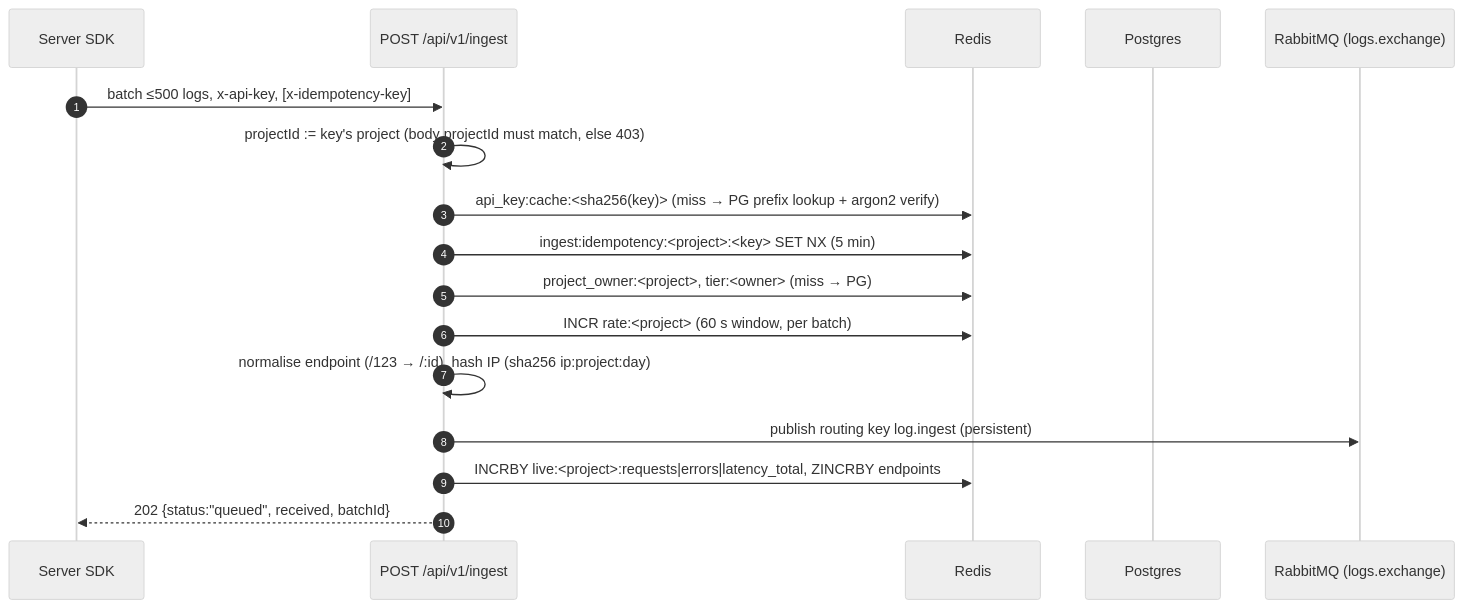
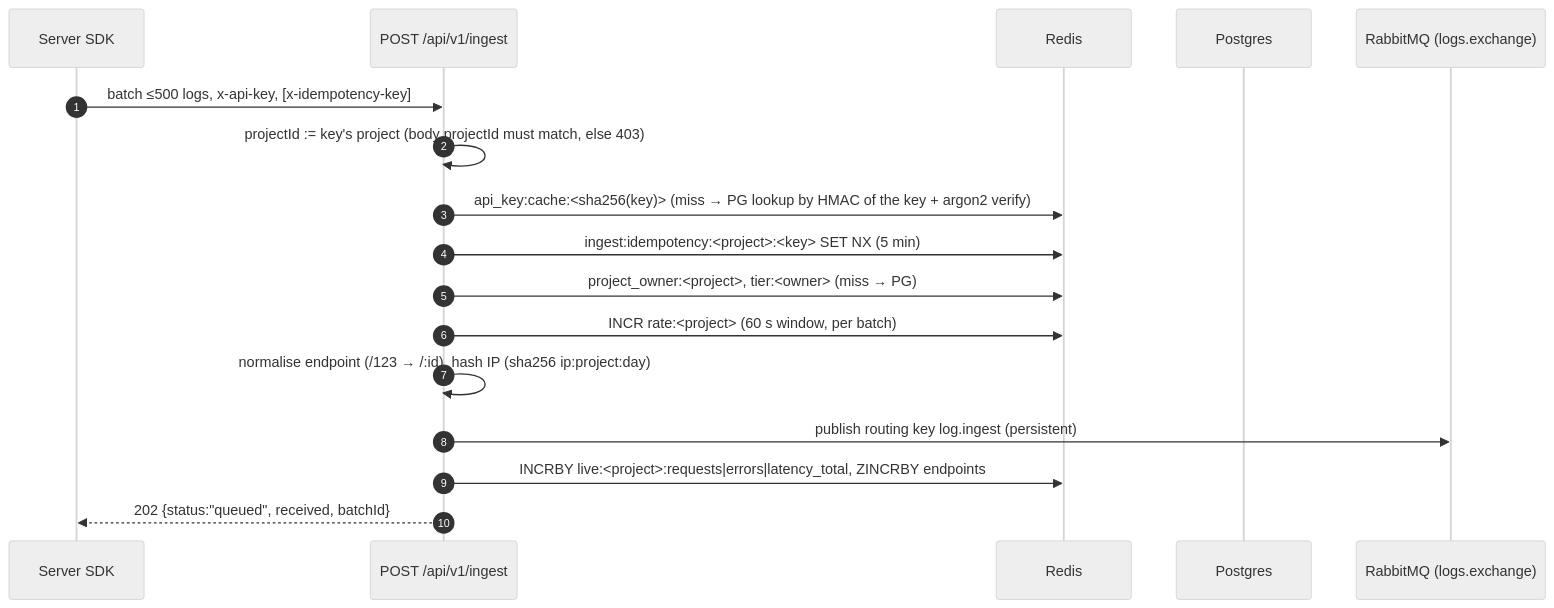
The first of 6 diagrams in docs/architecture/data-flow.md (Sarthak-Shreshtha01/ApexMonitor), drawn with Mermaid (neutral theme) before and after one commit. The commit also changed 18 other files, not shown here.

First line of the commit message:
fix(keys): find API keys by a full-key hash, not a 10-character prefix

````diff
--- a/docs/architecture/data-flow.md
+++ b/docs/architecture/data-flow.md
@@ -7,19 +7,19 @@
 ```mermaid
 sequenceDiagram
     autonumber
     participant SDK as Server SDK
     participant API as POST /api/v1/ingest
     participant R as Redis
     participant PG as Postgres
     participant MQ as RabbitMQ (logs.exchange)
     SDK->>API: batch ≤500 logs, x-api-key, [x-idempotency-key]
     API->>API: projectId := key's project (body projectId must match, else 403)
-    API->>R: api_key:cache:<sha256(key)>  (miss → PG prefix lookup + argon2 verify)
+    API->>R: api_key:cache:<sha256(key)>  (miss → PG lookup by HMAC of the key + argon2 verify)
     API->>R: ingest:idempotency:<project>:<key> SET NX (5 min)
     API->>R: project_owner:<project>, tier:<owner> (miss → PG)
     API->>R: INCR rate:<project> (60 s window, per batch)
     API->>API: normalise endpoint (/123 → /:id), hash IP (sha256 ip:project:day)
     API->>MQ: publish routing key log.ingest (persistent)
     API->>R: INCRBY live:<project>:requests|errors|latency_total, ZINCRBY endpoints
     API-->>SDK: 202 {status:"queued", received, batchId}
 ```
````
